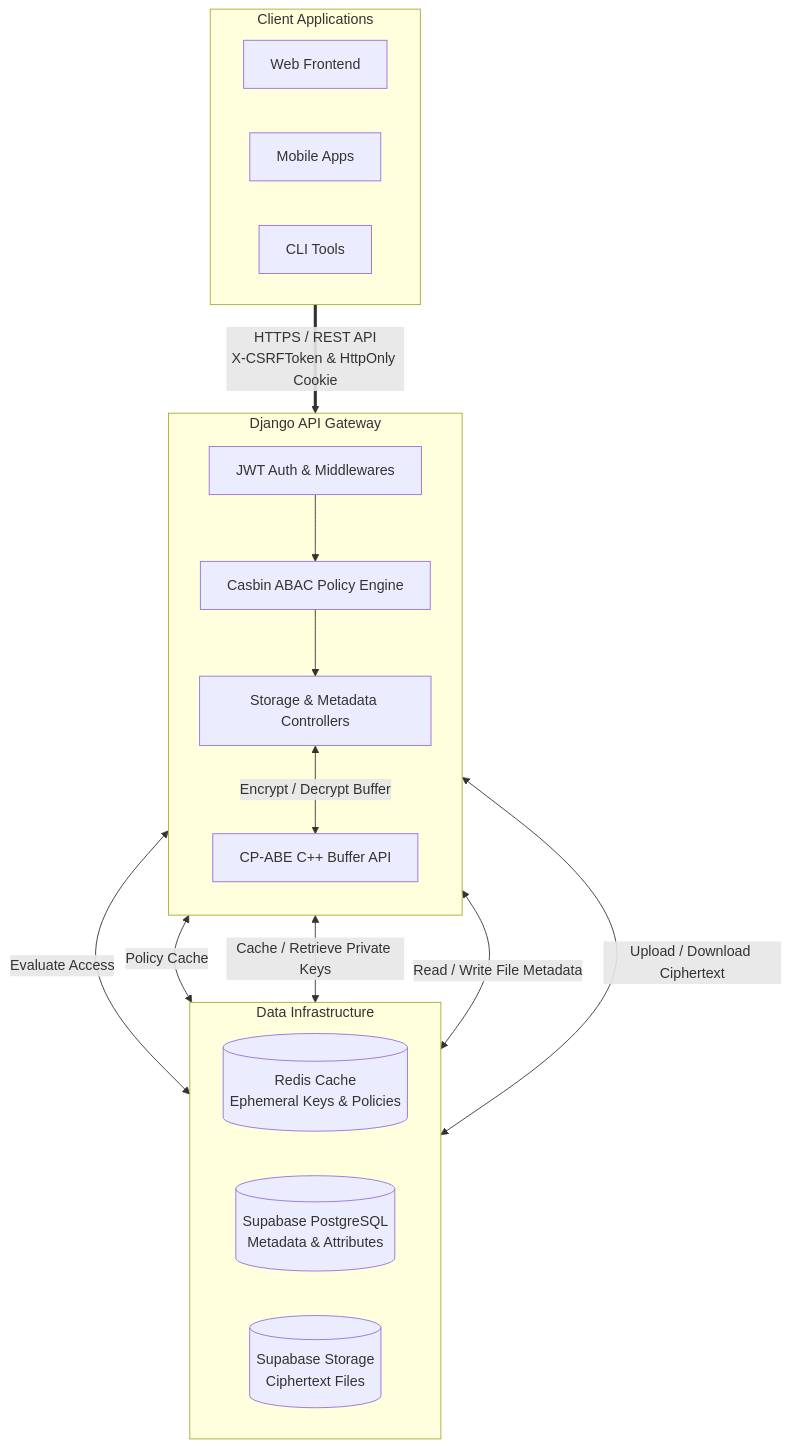
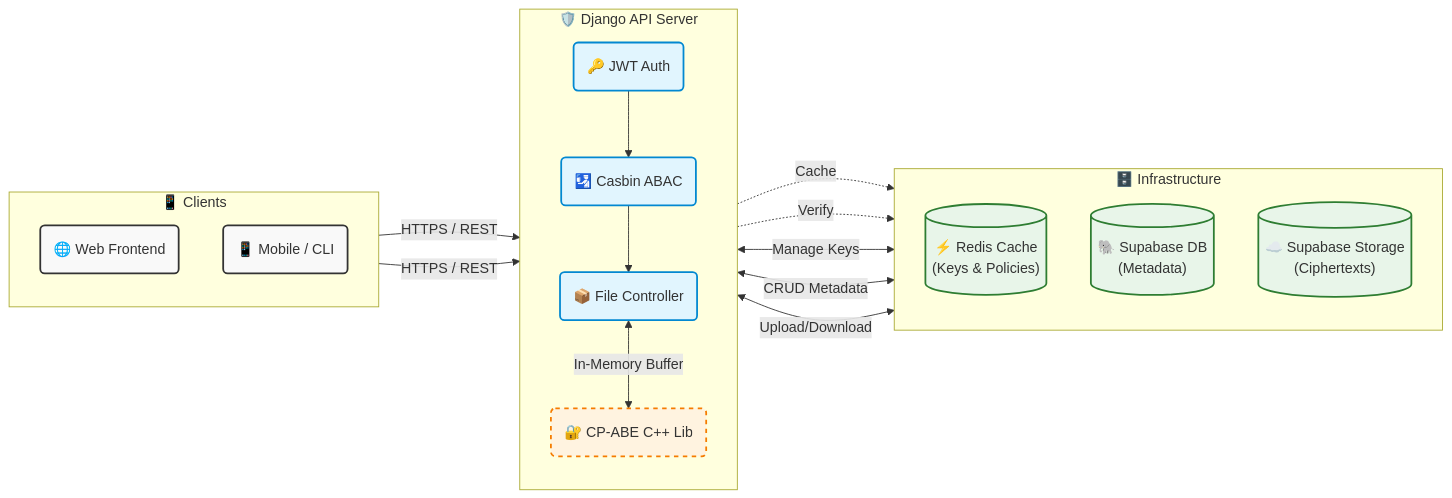
The diagram in README.md (WanThinnn/Cloud-Policy-Crypto-Access), drawn with Mermaid before and after one commit. The commit also changed other lines of this file, not shown here.

Commit message:
docs: update architecture diagram and refine quick start deployment guide

````diff
--- a/README.md
+++ b/README.md
@@ -40,37 +40,42 @@
 ```mermaid
-flowchart TB
-    subgraph Clients [Client Applications]
-        direction LR
-        Web[Web Frontend]
-        Mobile[Mobile Apps]
-        CLI[CLI Tools]
+flowchart LR
+    classDef client fill:#f9f9f9,stroke:#333,stroke-width:2px;
+    classDef gateway fill:#e1f5fe,stroke:#0288d1,stroke-width:2px;
+    classDef datalayer fill:#e8f5e9,stroke:#2e7d32,stroke-width:2px;
+    classDef core fill:#fff3e0,stroke:#f57c00,stroke-width:2px,stroke-dasharray: 5 5;
+
+    subgraph Clients ["📱 Clients"]
+        direction TB
+        Web("🌐 Web Frontend"):::client
+        Mob("📱 Mobile / CLI"):::client
     end
 
-    subgraph API [Django API Gateway]
+    subgraph Gateway ["🛡️ Django API Server"]
         direction TB
-        Auth[JWT Auth & Middlewares]
-        Casbin[Casbin ABAC Policy Engine]
-        Controller[Storage & Metadata Controllers]
-        CPABE[CP-ABE C++ Buffer API]
+        Auth("🔑 JWT Auth"):::gateway
+        Casbin("🛂 Casbin ABAC"):::gateway
+        Ctrl("📦 File Controller"):::gateway
+        CPABE("🔐 CP-ABE C++ Lib"):::core
         
         Auth --> Casbin
-        Casbin --> Controller
-        Controller <-->|Encrypt / Decrypt Buffer| CPABE
+        Casbin --> Ctrl
+        Ctrl <-->|In-Memory Buffer| CPABE
     end
 
-    subgraph Infrastructure [Data Infrastructure]
-        direction LR
-        Redis[(Redis Cache<br/>Ephemeral Keys & Policies)]
-        DB[(Supabase PostgreSQL<br/>Metadata & Attributes)]
-        Storage[(Supabase Storage<br/>Ciphertext Files)]
+    subgraph DataLayer ["🗄️ Infrastructure"]
+        direction TB
+        Redis[("⚡ Redis Cache<br/>(Keys & Policies)")]:::datalayer
+        DB[("🐘 Supabase DB<br/>(Metadata)")]:::datalayer
+        Storage[("☁️ Supabase Storage<br/>(Ciphertexts)")]:::datalayer
     end
 
-    Clients ==>|HTTPS / REST API<br/>X-CSRFToken & HttpOnly Cookie| Auth
+    Web -->|HTTPS / REST| Auth
+    Mob -->|HTTPS / REST| Auth
     
-    Casbin <-->|Evaluate Access| DB
-    Casbin <-->|Policy Cache| Redis
+    Casbin -.->|Cache| Redis
+    Casbin -.->|Verify| DB
     
-    Controller <-->|Cache / Retrieve Private Keys| Redis
-    Controller <-->|Read / Write File Metadata| DB
-    Controller <-->|Upload / Download Ciphertext| Storage
+    Ctrl <-->|Manage Keys| Redis
+    Ctrl <-->|CRUD Metadata| DB
+    Ctrl <-->|Upload/Download| Storage
 ```
````
